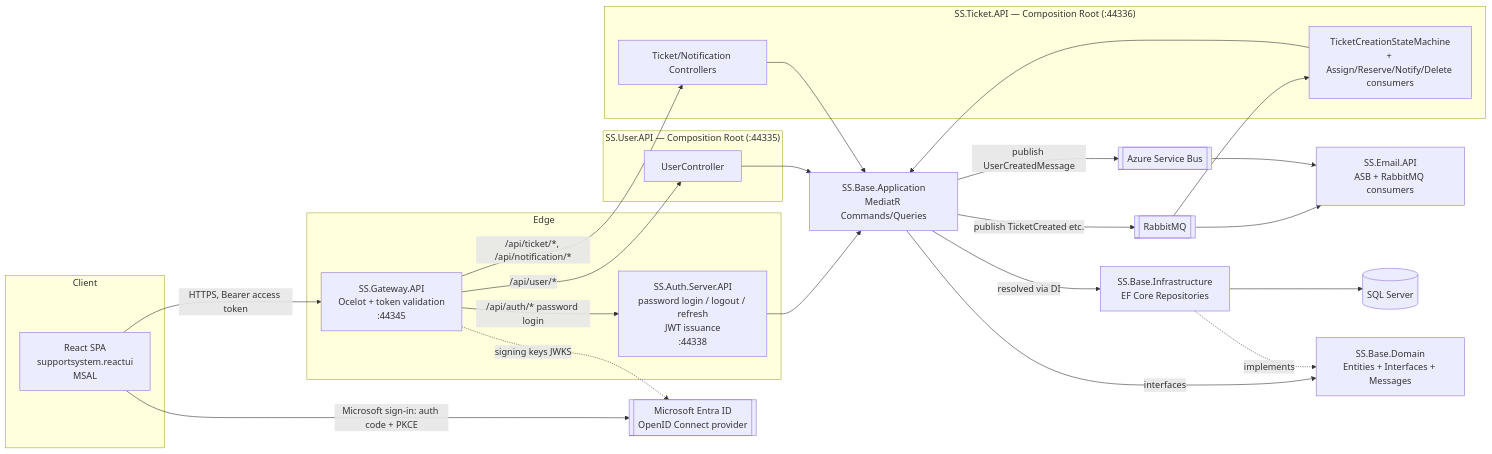
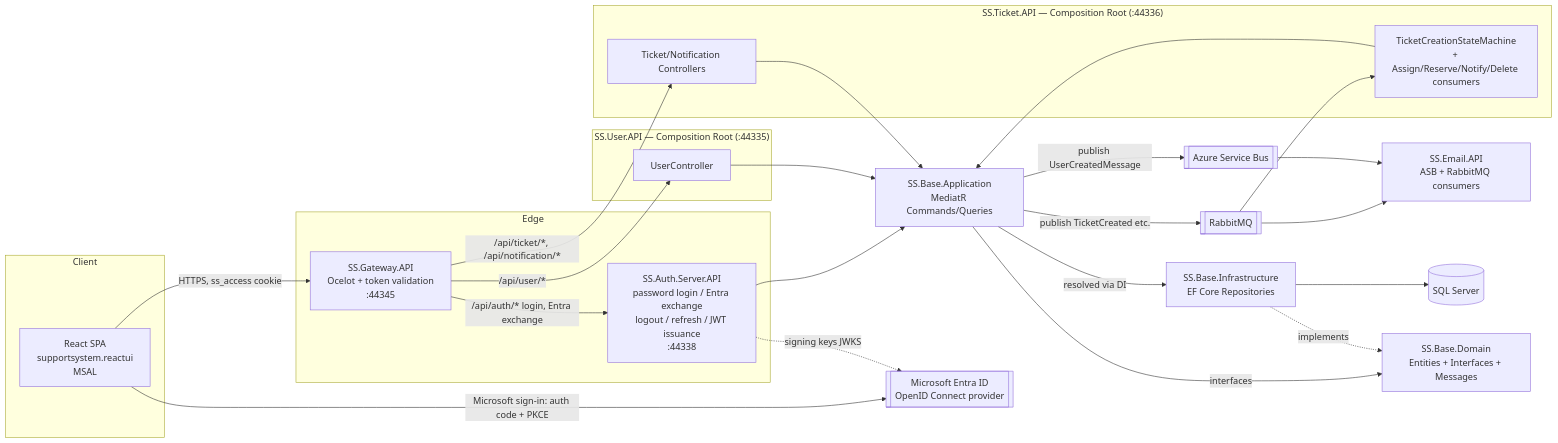
Before and after one commit to narendransekar7/Support: the first of 2 diagrams in SupportSystemManagement/SupportSystem/ARCHITECTURE.md, drawn with Mermaid. The commit also changed other lines of this file and 26 other files, not shown here.

First line of the commit message:
Exchange the Microsoft sign-in token for a Support System session

````diff
--- a/SupportSystemManagement/SupportSystem/ARCHITECTURE.md
+++ b/SupportSystemManagement/SupportSystem/ARCHITECTURE.md
@@ -23,51 +23,51 @@
 ```mermaid
 flowchart LR
     subgraph Client
         UI[React SPA<br/>supportsystem.reactui<br/>MSAL]
     end
 
     ENTRA[[Microsoft Entra ID<br/>OpenID Connect provider]]
 
     subgraph Edge
         GW[SS.Gateway.API<br/>Ocelot + token validation<br/>:44345]
-        AUTH[SS.Auth.Server.API<br/>password login / logout / refresh<br/>JWT issuance<br/>:44338]
+        AUTH[SS.Auth.Server.API<br/>password login / Entra exchange<br/>logout / refresh / JWT issuance<br/>:44338]
     end
 
     subgraph UserCore["SS.User.API — Composition Root (:44335)"]
         UAPI[UserController]
     end
 
     subgraph TicketCore["SS.Ticket.API — Composition Root (:44336)"]
         TAPI[Ticket/Notification Controllers]
         SAGA[TicketCreationStateMachine<br/>+ Assign/Reserve/Notify/Delete consumers]
     end
 
     APP[SS.Base.Application<br/>MediatR Commands/Queries]
     DOM[SS.Base.Domain<br/>Entities + Interfaces + Messages]
     INFRA[SS.Base.Infrastructure<br/>EF Core Repositories]
 
     DB[(SQL Server)]
     ASB[[Azure Service Bus]]
     MQ[[RabbitMQ]]
     EMAIL[SS.Email.API<br/>ASB + RabbitMQ consumers]
 
     UI -->|Microsoft sign-in: auth code + PKCE| ENTRA
-    UI -->|HTTPS, Bearer access token| GW
-    GW -.signing keys JWKS.-> ENTRA
-    GW -->|/api/auth/* password login| AUTH
+    UI -->|HTTPS, ss_access cookie| GW
+    AUTH -.signing keys JWKS.-> ENTRA
+    GW -->|/api/auth/* login, Entra exchange| AUTH
     GW -->|/api/user/*| UAPI
     GW -->|/api/ticket/*, /api/notification/*| TAPI
     AUTH --> APP
     UAPI --> APP
     TAPI --> APP
     SAGA --> APP
     APP -->|interfaces| DOM
     INFRA -.implements.-> DOM
     APP -->|resolved via DI| INFRA
     INFRA --> DB
     APP -->|publish TicketCreated etc.| MQ
     MQ --> SAGA
     MQ --> EMAIL
     APP -->|publish UserCreatedMessage| ASB
     ASB --> EMAIL
 ```
````
